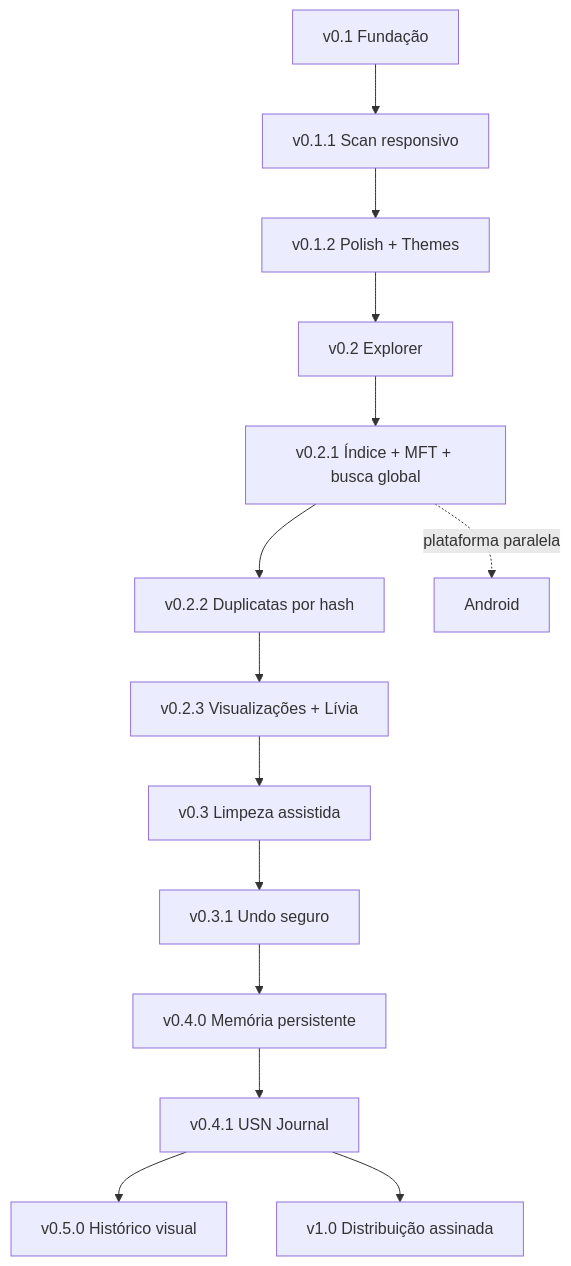
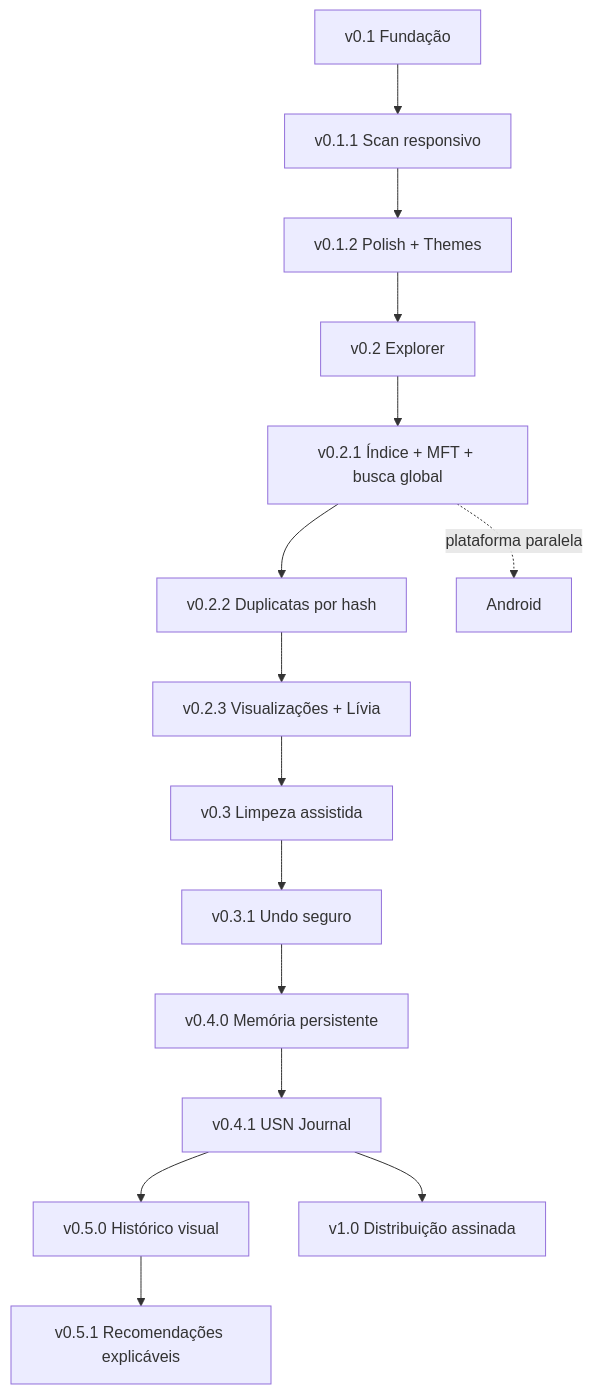
Before and after one commit to tombemol/L.I.V.I.A: diagram 11 of 11 in README.md, drawn with Mermaid. The commit also changed other lines of this file, not shown here.

````diff
--- a/README.md
+++ b/README.md
@@ -464,16 +510,17 @@
 ```mermaid
 flowchart TD
     A[v0.1 Fundação] --> B[v0.1.1 Scan responsivo]
     B --> C[v0.1.2 Polish + Themes]
     C --> D[v0.2 Explorer]
     D --> E[v0.2.1 Índice + MFT + busca global]
     E --> F[v0.2.2 Duplicatas por hash]
     F --> V[v0.2.3 Visualizações + Lívia]
     V --> G[v0.3 Limpeza assistida]
     G --> U[v0.3.1 Undo seguro]
     U --> M[v0.4.0 Memória persistente]
     M --> H[v0.4.1 USN Journal]
     H --> V5[v0.5.0 Histórico visual]
+    V5 --> R5[v0.5.1 Recomendações explicáveis]
     H --> I[v1.0 Distribuição assinada]
     E -. plataforma paralela .-> J[Android]
 ```
````
